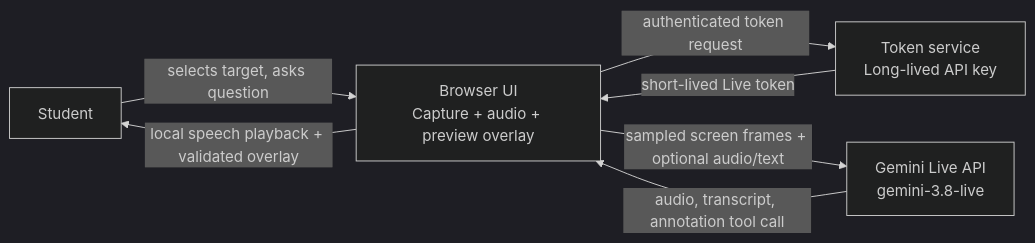
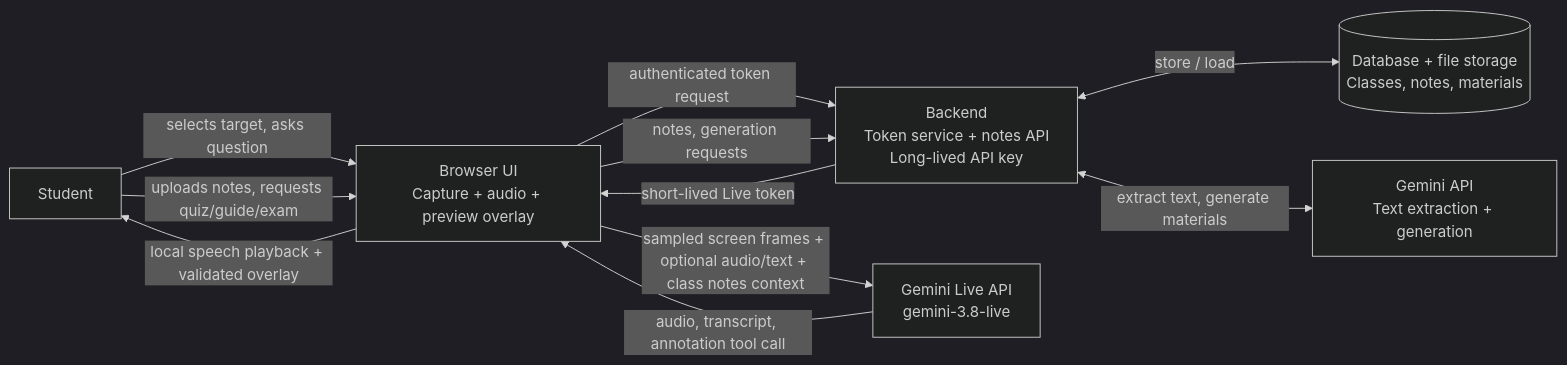
The diagram in docs/design.md (allenz2423/hackruf26), drawn with Mermaid (dark theme) before and after one commit. The commit also changed other lines of this file and 1 other file, not shown here.

````diff
--- a/docs/design.md
+++ b/docs/design.md
@@ -60,14 +97,20 @@
 ```mermaid
 flowchart LR
     U[Student]
     C[Browser UI\nCapture + audio + preview overlay]
-    T[Token service\nLong-lived API key]
+    T[Backend\nToken service + notes API\nLong-lived API key]
+    D[(Database + file storage\nClasses, notes, materials)]
     G[Gemini Live API\ngemini-3.8-live]
+    M[Gemini API\nText extraction + generation]
 
     U -->|selects target, asks question| C
+    U -->|uploads notes, requests quiz/guide/exam| C
     C -->|authenticated token request| T
     T -->|short-lived Live token| C
-    C -->|sampled screen frames + optional audio/text| G
+    C -->|notes, generation requests| T
+    T <-->|store / load| D
+    T <-->|extract text, generate materials| M
+    C -->|sampled screen frames + optional audio/text + class notes context| G
     G -->|audio, transcript, annotation tool call| C
     C -->|local speech playback + validated overlay| U
 ```
````
